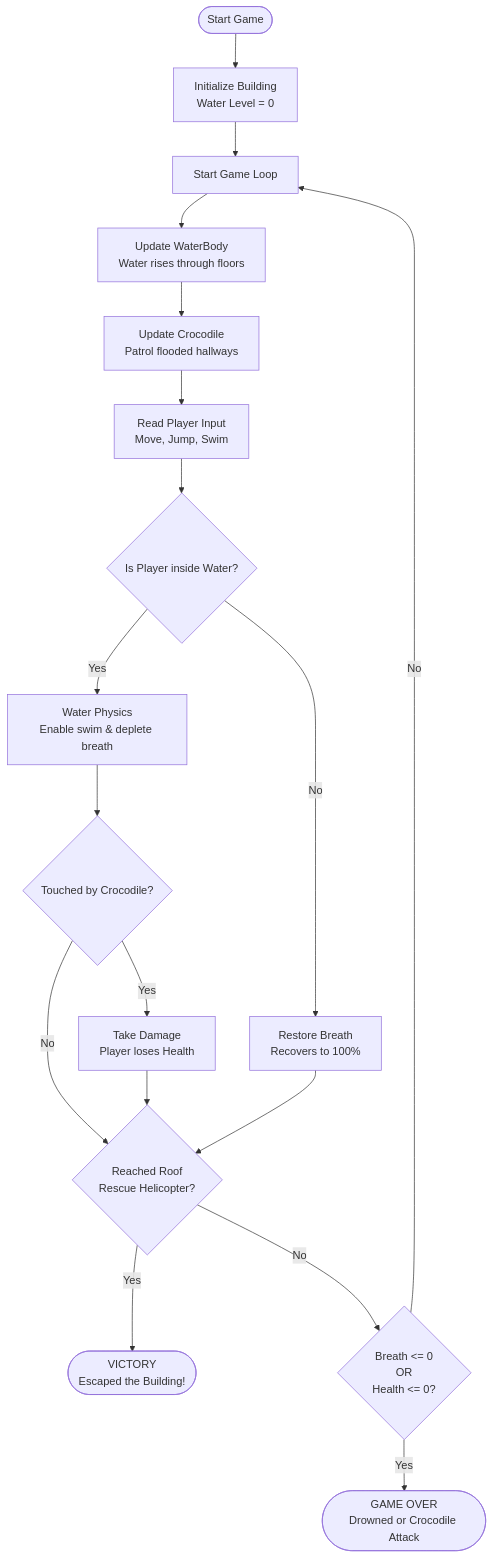
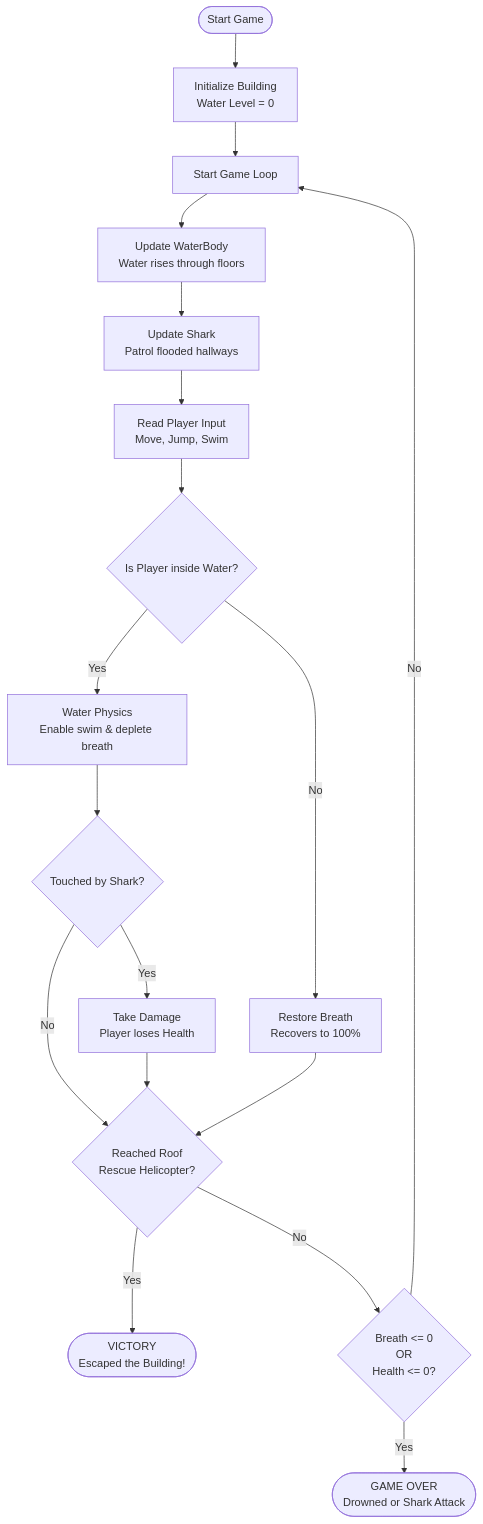
Before and after one commit to Ryuo-chhi/Escape_The_Flood: the second of 2 diagrams in README.md, drawn with Mermaid. The commit also changed other lines of this file and 1 other file, not shown here.

Commit message:
fix: update enemy references from crocodile to shark in README and folder structure documentation

````diff
--- a/README.md
+++ b/README.md
@@ -151,27 +151,27 @@
 ```mermaid
 flowchart TD
     Start([Start Game]) --> Init[Initialize Building<br/>Water Level = 0]
     Init --> Loop[Start Game Loop]
 
     Loop --> UpdateWater[Update WaterBody<br/>Water rises through floors]
-    UpdateWater --> UpdateCroc[Update Crocodile<br/>Patrol flooded hallways]
-    UpdateCroc --> ReadInput[Read Player Input<br/>Move, Jump, Swim]
+    UpdateWater --> UpdateShark[Update Shark<br/>Patrol flooded hallways]
+    UpdateShark --> ReadInput[Read Player Input<br/>Move, Jump, Swim]
 
     ReadInput --> InWaterCheck{Is Player inside Water?}
 
     InWaterCheck -- Yes --> WaterPhysics[Water Physics<br/>Enable swim & deplete breath]
     InWaterCheck -- No --> RestoreBreath[Restore Breath<br/>Recovers to 100%]
 
-    WaterPhysics --> CrocHitCheck{Touched by Crocodile?}
-    CrocHitCheck -- Yes --> TakeDmg[Take Damage<br/>Player loses Health]
-    CrocHitCheck -- No --> HeliCheck
+    WaterPhysics --> SharkHitCheck{Touched by Shark?}
+    SharkHitCheck -- Yes --> TakeDmg[Take Damage<br/>Player loses Health]
+    SharkHitCheck -- No --> HeliCheck
 
     TakeDmg --> HeliCheck{Reached Roof<br/>Rescue Helicopter?}
     RestoreBreath --> HeliCheck
 
     HeliCheck -- Yes --> Victory([VICTORY<br/>Escaped the Building!])
     HeliCheck -- No --> DeathCheck{Breath <= 0<br/>OR<br/>Health <= 0?}
 
-    DeathCheck -- Yes --> GameOver([GAME OVER<br/>Drowned or Crocodile Attack])
+    DeathCheck -- Yes --> GameOver([GAME OVER<br/>Drowned or Shark Attack])
     DeathCheck -- No --> Loop
 ```
````
